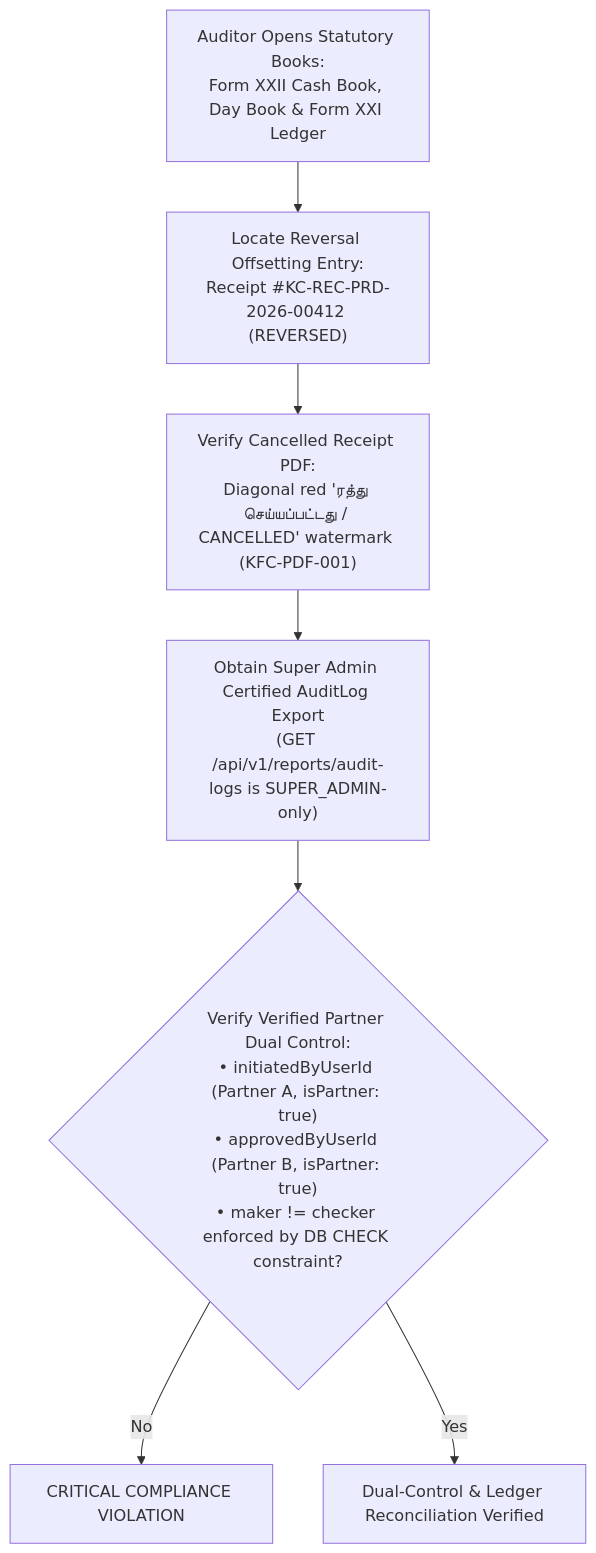
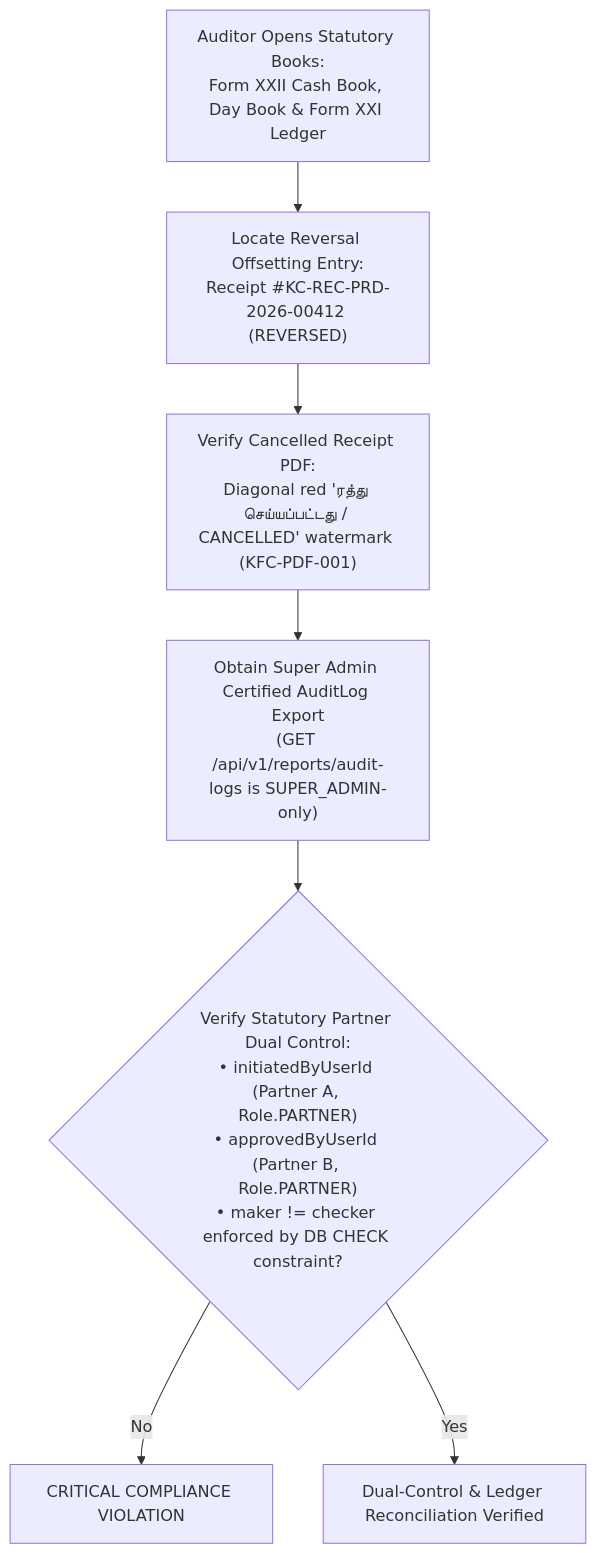
The sixth of 8 diagrams in docs/07-operations/user-manuals/auditor-portal-manual.md (Kathir-24/Kumaran-finance), drawn with Mermaid before and after one commit. The commit also changed other lines of this file and 189 other files, not shown here.

````diff
--- a/docs/07-operations/user-manuals/auditor-portal-manual.md
+++ b/docs/07-operations/user-manuals/auditor-portal-manual.md
@@ -150,9 +150,9 @@
 ```mermaid
 flowchart TD
     OpenBooks["Auditor Opens Statutory Books:\nForm XXII Cash Book, Day Book & Form XXI Ledger"] --> Locate["Locate Reversal Offsetting Entry:\nReceipt #KC-REC-PRD-2026-00412 (REVERSED)"]
     Locate --> CheckPDF["Verify Cancelled Receipt PDF:\nDiagonal red 'ரத்து செய்யப்பட்டது / CANCELLED' watermark (KFC-PDF-001)"]
     CheckPDF --> ReqExtract["Obtain Super Admin Certified AuditLog Export\n(GET /api/v1/reports/audit-logs is SUPER_ADMIN-only)"]
-    ReqExtract --> AssertDual{"Verify Verified Partner Dual Control:\n• initiatedByUserId (Partner A, isPartner: true)\n• approvedByUserId (Partner B, isPartner: true)\n• maker != checker enforced by DB CHECK constraint?"}
+    ReqExtract --> AssertDual{"Verify Statutory Partner Dual Control:\n• initiatedByUserId (Partner A, Role.PARTNER)\n• approvedByUserId (Partner B, Role.PARTNER)\n• maker != checker enforced by DB CHECK constraint?"}
     AssertDual -- No --> Violation["CRITICAL COMPLIANCE VIOLATION"]
     AssertDual -- Yes --> Certified["Dual-Control & Ledger Reconciliation Verified"]
 ```
````
